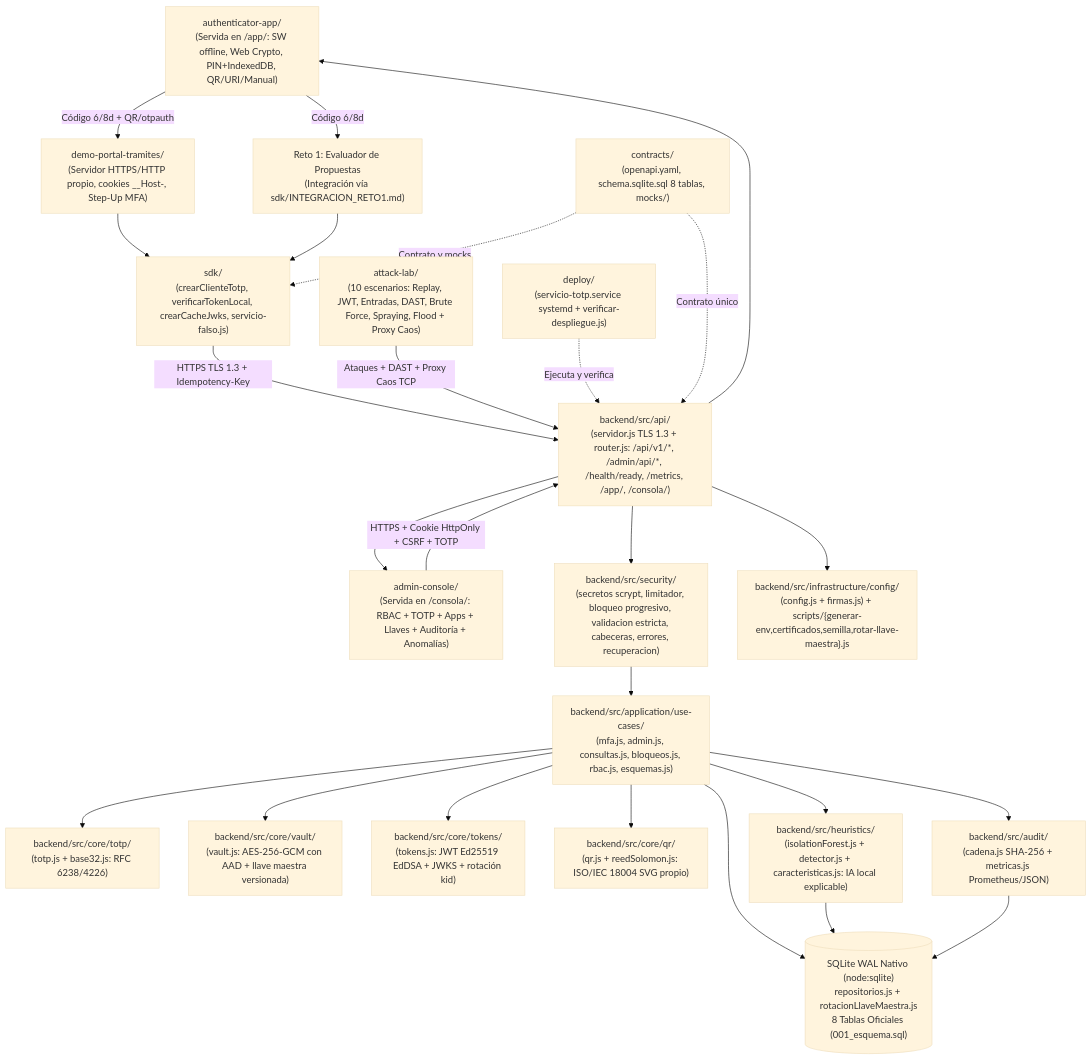
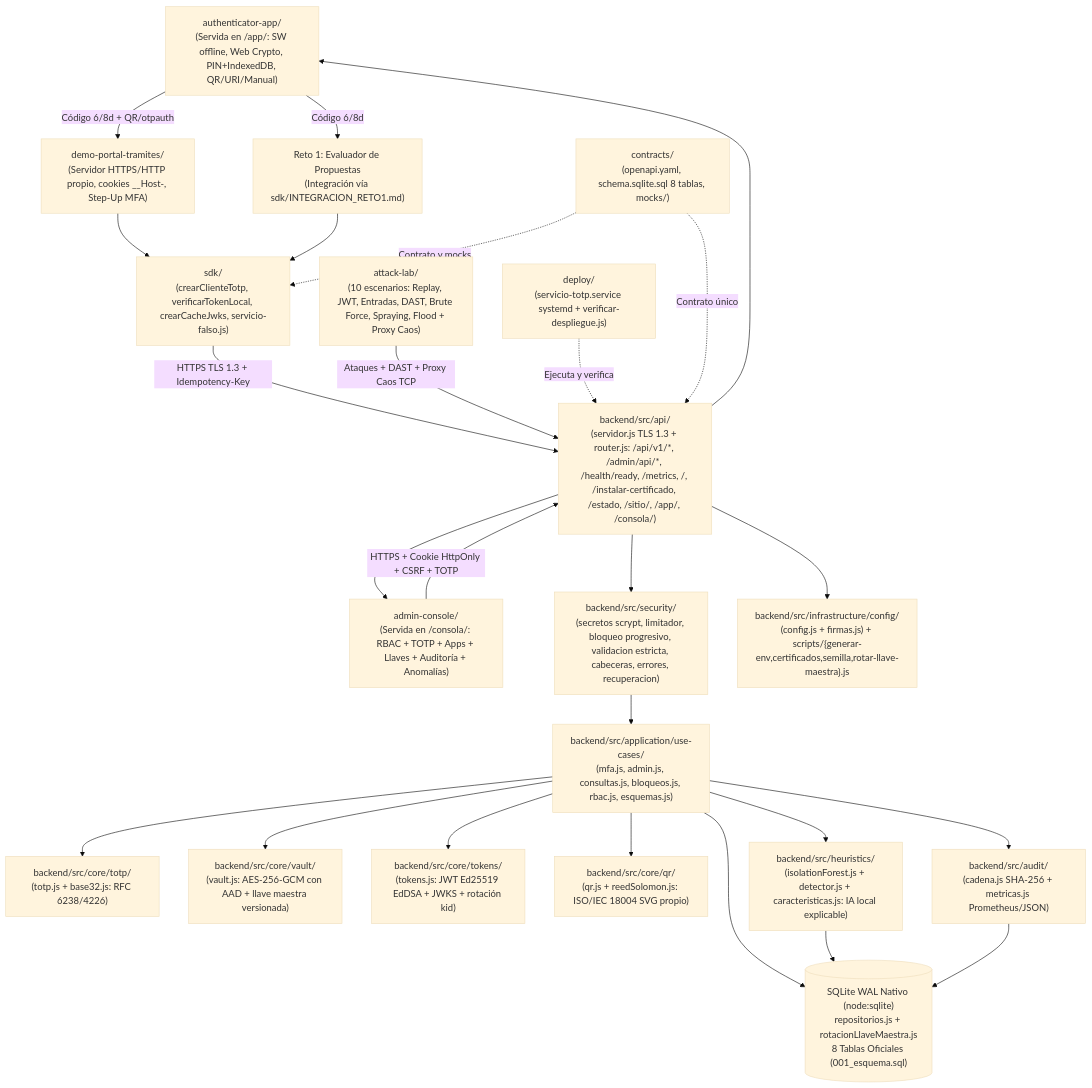
Before and after one commit to PSM-Hackaton/servicio-soberano-autenticacion-totp: the diagram in SYSTEM_GRAPH.md, drawn with Mermaid (base theme). The commit also changed other lines of this file and 2 other files, not shown here.

````diff
--- a/SYSTEM_GRAPH.md
+++ b/SYSTEM_GRAPH.md
@@ -8,54 +8,54 @@
 ```mermaid
 flowchart TD
     %% Clientes y Laboratorio (HTML/CSS/JS y Node 22 nativo, 0 dependencias npm)
     PWA["authenticator-app/\n(Servida en /app/: SW offline, Web Crypto, PIN+IndexedDB, QR/URI/Manual)"]
     ADMIN["admin-console/\n(Servida en /consola/: RBAC + TOTP + Apps + Llaves + Auditoría + Anomalías)"]
     DEMO["demo-portal-tramites/\n(Servidor HTTPS/HTTP propio, cookies __Host-, Step-Up MFA)"]
     RETO1["Reto 1: Evaluador de Propuestas\n(Integración vía sdk/INTEGRACION_RETO1.md)"]
     ATK["attack-lab/\n(10 escenarios: Replay, JWT, Entradas, DAST, Brute Force, Spraying, Flood + Proxy Caos)"]
     SDK["sdk/\n(crearClienteTotp, verificarTokenLocal, crearCacheJwks, servicio-falso.js)"]
 
     %% Contratos y Despliegue
     CONTRACTS["contracts/\n(openapi.yaml, schema.sqlite.sql 8 tablas, mocks/)"]
     DEPLOY["deploy/\n(servicio-totp.service systemd + verificar-despliegue.js)"]
 
     %% Backend Soberano (Node.js 22.5+ nativo, 0 deps npm)
-    API["backend/src/api/\n(servidor.js TLS 1.3 + router.js: /api/v1/*, /admin/api/*, /health/ready, /metrics, /app/, /consola/)"]
+    API["backend/src/api/\n(servidor.js TLS 1.3 + router.js: /api/v1/*, /admin/api/*, /health/ready, /metrics, /, /instalar-certificado, /estado, /sitio/, /app/, /consola/)"]
     SEC["backend/src/security/\n(secretos scrypt, limitador, bloqueo progresivo, validacion estricta, cabeceras, errores, recuperacion)"]
     UC["backend/src/application/use-cases/\n(mfa.js, admin.js, consultas.js, bloqueos.js, rbac.js, esquemas.js)"]
     TOTP["backend/src/core/totp/\n(totp.js + base32.js: RFC 6238/4226)"]
     VAULT["backend/src/core/vault/\n(vault.js: AES-256-GCM con AAD + llave maestra versionada)"]
     TOKENS["backend/src/core/tokens/\n(tokens.js: JWT Ed25519 EdDSA + JWKS + rotación kid)"]
     QR["backend/src/core/qr/\n(qr.js + reedSolomon.js: ISO/IEC 18004 SVG propio)"]
     HEUR["backend/src/heuristics/\n(isolationForest.js + detector.js + caracteristicas.js: IA local explicable)"]
     AUDIT["backend/src/audit/\n(cadena.js SHA-256 + metricas.js Prometheus/JSON)"]
     CFG["backend/src/infrastructure/config/\n(config.js + firmas.js) + scripts/{generar-env,certificados,semilla,rotar-llave-maestra}.js"]
     DB[("SQLite WAL Nativo (node:sqlite)\nrepositorios.js + rotacionLlaveMaestra.js\n8 Tablas Oficiales (001_esquema.sql)")]
 
     %% Conexiones
     PWA -->|"Código 6/8d + QR/otpauth"| DEMO
     PWA -->|"Código 6/8d"| RETO1
     DEMO --> SDK
     RETO1 --> SDK
     SDK -->|"HTTPS TLS 1.3 + Idempotency-Key"| API
     ADMIN -->|"HTTPS + Cookie HttpOnly + CSRF + TOTP"| API
     ATK -->|"Ataques + DAST + Proxy Caos TCP"| API
     DEPLOY -.->|"Ejecuta y verifica"| API
     CONTRACTS -.->|"Contrato único"| API
     CONTRACTS -.->|"Contrato y mocks"| SDK
 
     API --> SEC
     API --> CFG
     API --> PWA
     API --> ADMIN
     SEC --> UC
     UC --> TOTP
     UC --> VAULT
     UC --> TOKENS
     UC --> QR
     UC --> HEUR
     UC --> AUDIT
     UC --> DB
     HEUR --> DB
     AUDIT --> DB
 ```
````
